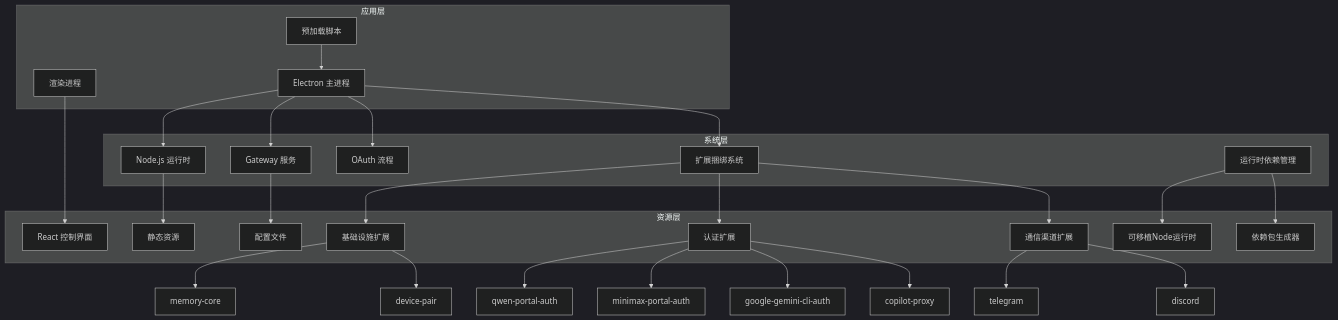
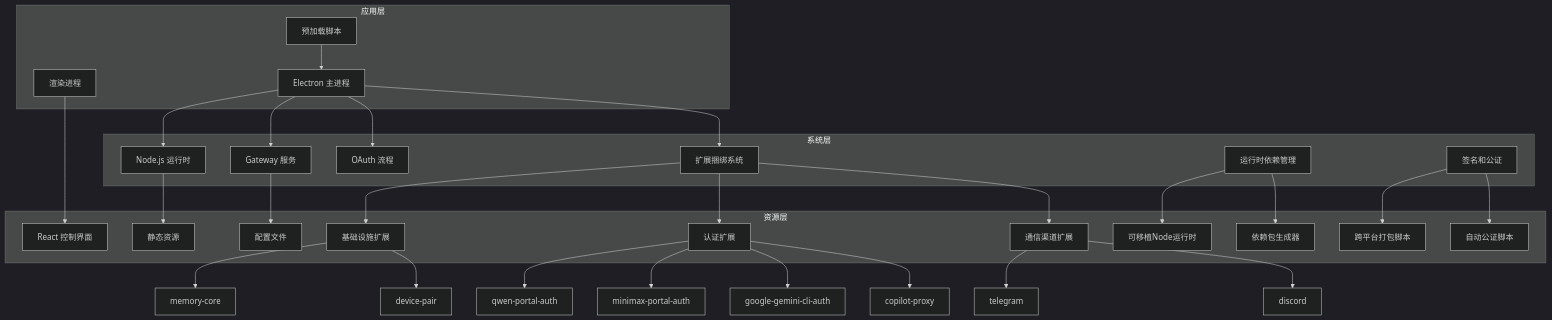
Before and after one commit to verse-ai-org/openclaw: the fourth of 18 diagrams in .qoder/repowiki/zh/content/Electron Packaging Configuration.md, drawn with Mermaid (dark theme). The commit also changed other lines of this file and 75 other files, not shown here.

````diff
--- a/.qoder/repowiki/zh/content/Electron Packaging Configuration.md
+++ b/.qoder/repowiki/zh/content/Electron Packaging Configuration.md
@@ -230,46 +242,51 @@
 ```mermaid
 graph TB
 subgraph "应用层"
 A[Electron 主进程]
 B[渲染进程]
 C[预加载脚本]
 end
 subgraph "系统层"
 D[Node.js 运行时]
 E[Gateway 服务]
 F[OAuth 流程]
 G[扩展捆绑系统]
 H[运行时依赖管理]
+I[签名和公证]
 end
 subgraph "资源层"
-I[React 控制界面]
-J[静态资源]
-K[配置文件]
-L[基础设施扩展]
-M[认证扩展]
-N[通信渠道扩展]
-O[可移植Node运行时]
-P[依赖包生成器]
+J[React 控制界面]
+K[静态资源]
+L[配置文件]
+M[基础设施扩展]
+N[认证扩展]
+O[通信渠道扩展]
+P[可移植Node运行时]
+Q[依赖包生成器]
+R[跨平台打包脚本]
+S[自动公证脚本]
 end
 A --> D
 A --> E
 A --> F
 A --> G
-B --> I
+B --> J
 C --> A
-D --> J
-E --> K
-G --> L
+D --> K
+E --> L
 G --> M
 G --> N
-H --> O
+G --> O
 H --> P
-L --> Q[memory-core]
-L --> R[device-pair]
-M --> S[qwen-portal-auth]
-M --> T[minimax-portal-auth]
-M --> U[google-gemini-cli-auth]
-M --> V[copilot-proxy]
-N --> W[telegram]
-N --> X[discord]
+H --> Q
+I --> R
+I --> S
+M --> T[memory-core]
+M --> U[device-pair]
+N --> V[qwen-portal-auth]
+N --> W[minimax-portal-auth]
+N --> X[google-gemini-cli-auth]
+N --> Y[copilot-proxy]
+O --> Z[telegram]
+O --> AA[discord]
 ```
````
